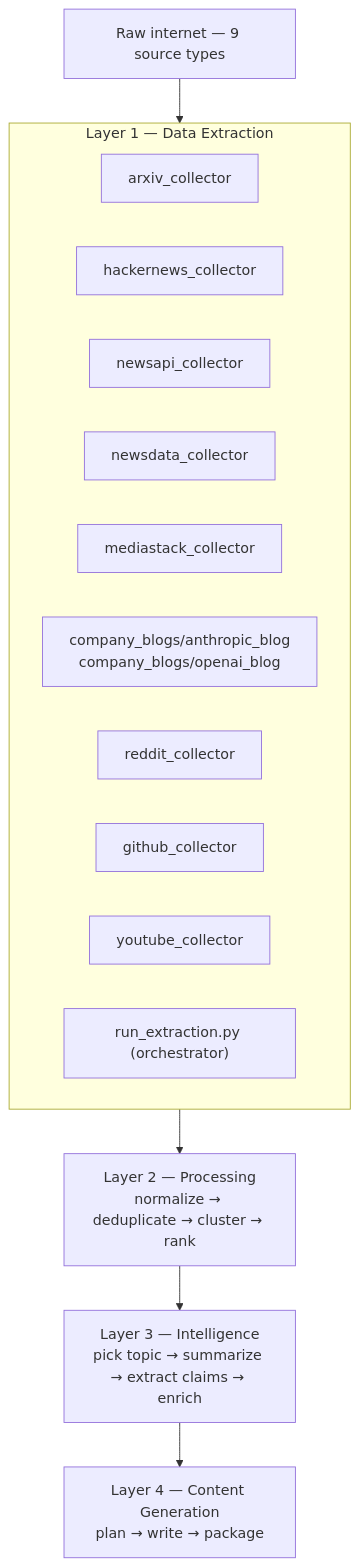
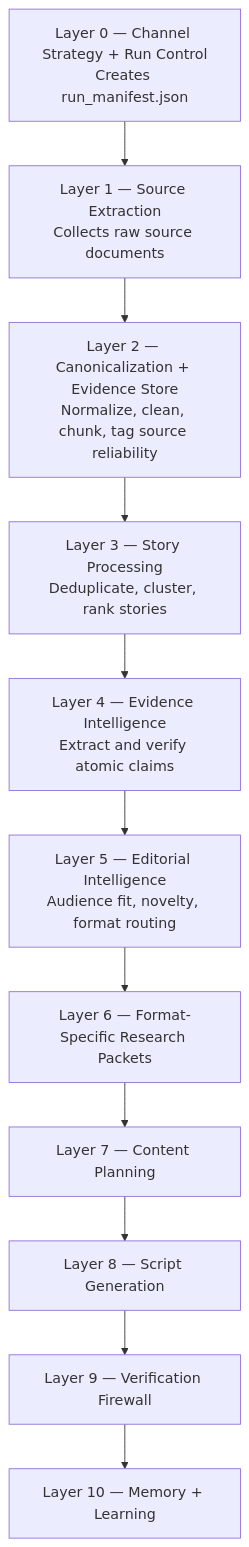
The first of 2 diagrams in docs/system_design_docs/layer_1.md (Eswar021/ai-news-pipeline), drawn with Mermaid before and after one commit. The commit also changed other lines of this file and 19 other files, not shown here.

Commit message:
new architecture design docs added

````diff
--- a/docs/system_design_docs/layer_1.md
+++ b/docs/system_design_docs/layer_1.md
@@ -31,26 +45,16 @@
 ```mermaid
 flowchart TB
-    IN["Raw internet — 9 source types"]
+    L0["Layer 0 — Channel Strategy + Run Control<br/>Creates run_manifest.json"]
+    L1["Layer 1 — Source Extraction<br/>Collects raw source documents"]
+    L2["Layer 2 — Canonicalization + Evidence Store<br/>Normalize, clean, chunk, tag source reliability"]
+    L3["Layer 3 — Story Processing<br/>Deduplicate, cluster, rank stories"]
+    L4["Layer 4 — Evidence Intelligence<br/>Extract and verify atomic claims"]
+    L5["Layer 5 — Editorial Intelligence<br/>Audience fit, novelty, format routing"]
+    L6["Layer 6 — Format-Specific Research Packets"]
+    L7["Layer 7 — Content Planning"]
+    L8["Layer 8 — Script Generation"]
+    L9["Layer 9 — Verification Firewall"]
+    L10["Layer 10 — Memory + Learning"]
 
-    subgraph L1["Layer 1 — Data Extraction"]
-        C1["arxiv_collector"]
-        C2["hackernews_collector"]
-        C3["newsapi_collector"]
-        C4["newsdata_collector"]
-        C5["mediastack_collector"]
-        C6["company_blogs/anthropic_blog\ncompany_blogs/openai_blog"]
-        C7["reddit_collector"]
-        C8["github_collector"]
-        C9["youtube_collector"]
-        C10["run_extraction.py (orchestrator)"]
-    end
-
-    L2["Layer 2 — Processing\nnormalize → deduplicate → cluster → rank"]
-    L3["Layer 3 — Intelligence\npick topic → summarize → extract claims → enrich"]
-    L4["Layer 4 — Content Generation\nplan → write → package"]
-
-    IN --> L1
-    L1 --> L2
-    L2 --> L3
-    L3 --> L4
+    L0 --> L1 --> L2 --> L3 --> L4 --> L5 --> L6 --> L7 --> L8 --> L9 --> L10
 ```
````
